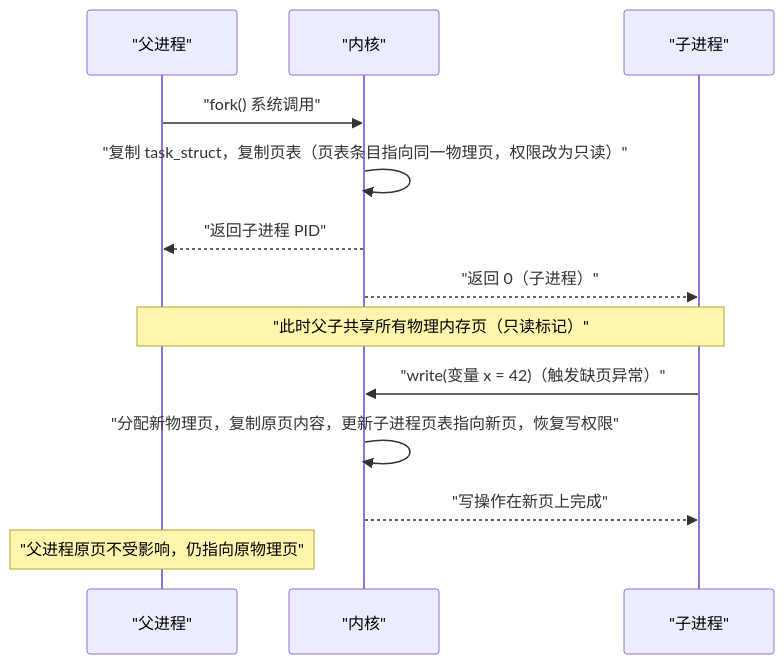
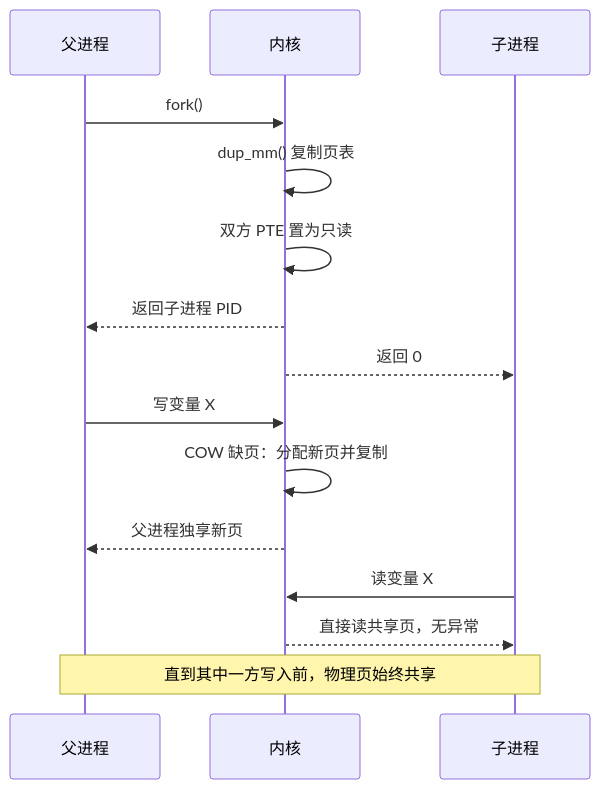
Before and after one commit to hpliStartAgain/my-brain: the diagram in content/Linux/进程管理/03 进程的诞生——fork 的内核之旅.md, drawn with Mermaid. The commit also changed other lines of this file and 47 other files, not shown here.

````diff
--- a/content/Linux/进程管理/03 进程的诞生——fork 的内核之旅.md
+++ b/content/Linux/进程管理/03 进程的诞生——fork 的内核之旅.md
@@ -57,20 +260,18 @@
 ```mermaid
 %%{init: {'theme': 'dracula'}}%%
 sequenceDiagram
-    participant P as "父进程"
-    participant K as "内核"
-    participant C as "子进程"
-
-    P->>K: "fork() 系统调用"
-    K->>K: "复制 task_struct，复制页表（页表条目指向同一物理页，权限改为只读）"
-    K-->>P: "返回子进程 PID"
-    K-->>C: "返回 0（子进程）"
-
-    Note over P,C: "此时父子共享所有物理内存页（只读标记）"
-
-    C->>K: "write(变量 x = 42)（触发缺页异常）"
-    K->>K: "分配新物理页，复制原页内容，更新子进程页表指向新页，恢复写权限"
-    K-->>C: "写操作在新页上完成"
-
-    Note over P: "父进程原页不受影响，仍指向原物理页"
+    participant P as 父进程
+    participant K as 内核
+    participant C as 子进程
+    P->>K: fork()
+    K->>K: dup_mm() 复制页表
+    K->>K: 双方 PTE 置为只读
+    K-->>P: 返回子进程 PID
+    K-->>C: 返回 0
+    P->>K: 写变量 X
+    K->>K: COW 缺页：分配新页并复制
+    K-->>P: 父进程独享新页
+    C->>K: 读变量 X
+    K-->>C: 直接读共享页，无异常
+    Note over P,C: 直到其中一方写入前，物理页始终共享
 ```
````
